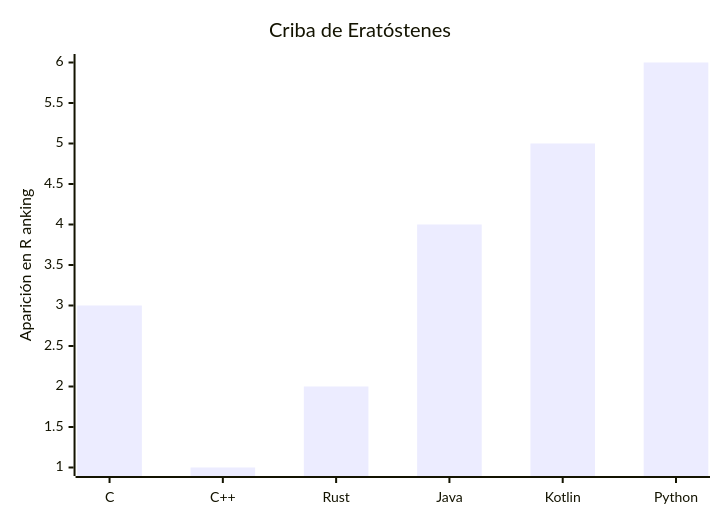
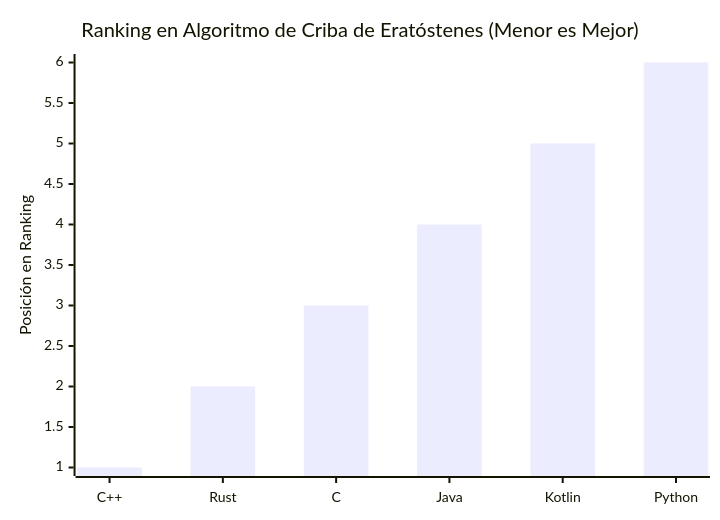
One commit to CPC-GALLOS/CPC-GALLOS.github.io changed the fourth of 4 diagrams in _posts/2024-08-05-Por_que_Cpp.md. Above: the diagram before and after it, drawn with Mermaid. The commit also changed other lines of this file and 4 other files, not shown here.

````diff
--- a/_posts/2024-08-05-Por_que_Cpp.md
+++ b/_posts/2024-08-05-Por_que_Cpp.md
@@ -83,7 +108,7 @@
 ```mermaid
 xychart-beta
-    title "Criba de Eratóstenes"
-    x-axis ["C", "C++", "Rust", "Java", "Kotlin", "Python"]
-    y-axis "Aparición en R  anking"
-    bar [3, 1, 2, 4, 5, 6]
+    title "Ranking en Algoritmo de Criba de Eratóstenes (Menor es Mejor)"
+    x-axis ["C++", "Rust", "C", "Java", "Kotlin", "Python"]
+    y-axis "Posición en Ranking"
+    bar [1, 2, 3, 4, 5, 6]
 ```
````
